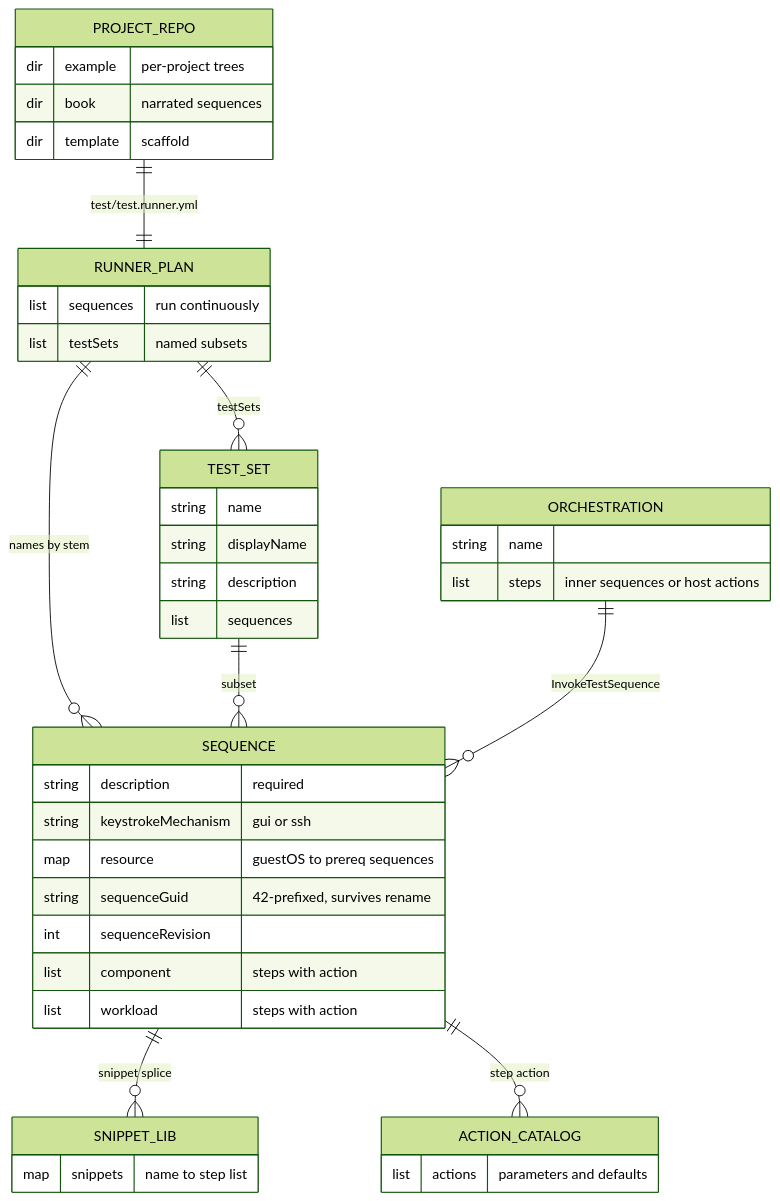
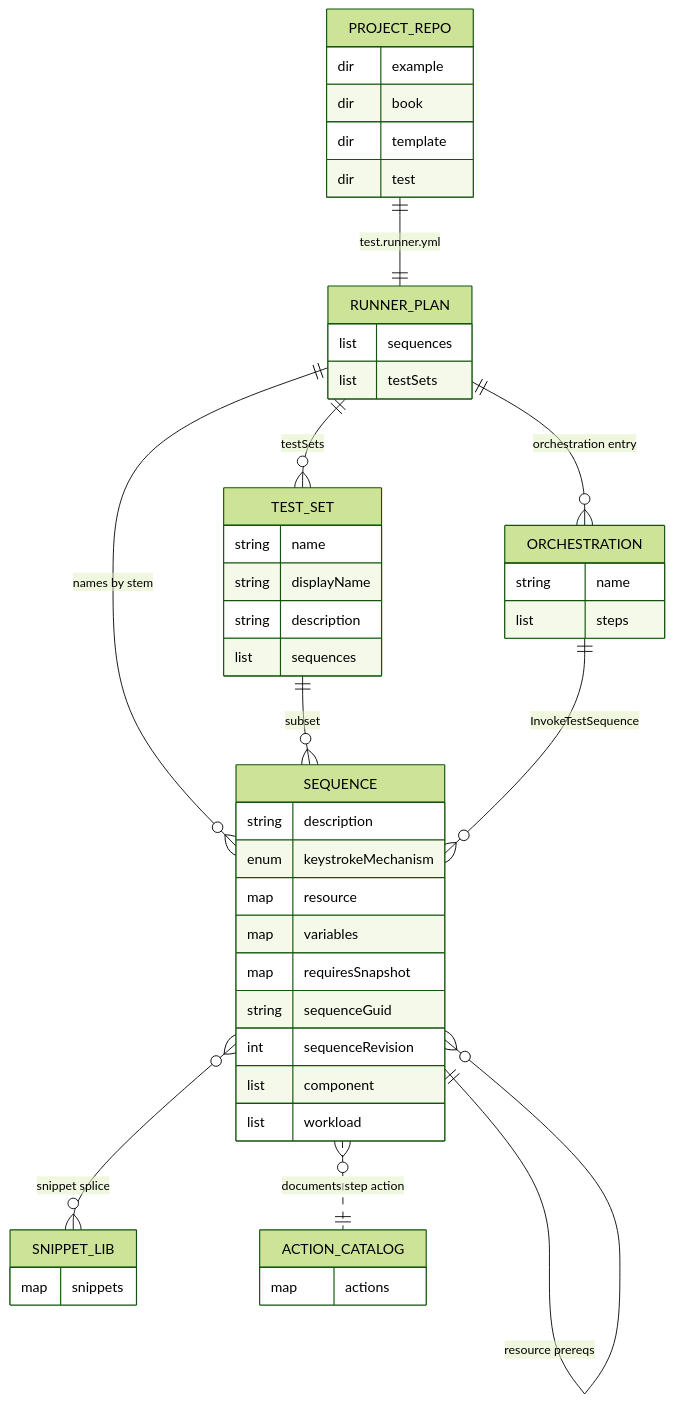
The second of 4 diagrams in docs/design/05-data-model.md (alissonsol/yuruna), drawn with Mermaid (forest theme) before and after one commit. The commit also changed other lines of this file and 652 other files, not shown here.

````diff
--- a/docs/design/05-data-model.md
+++ b/docs/design/05-data-model.md
@@ -106,45 +165,50 @@
 ```mermaid
 erDiagram
-    PROJECT_REPO ||--|| RUNNER_PLAN : "test/test.runner.yml"
-    RUNNER_PLAN ||--o{ TEST_SET : testSets
+    PROJECT_REPO ||--|| RUNNER_PLAN : "test.runner.yml"
+    RUNNER_PLAN ||--o{ TEST_SET : "testSets"
     RUNNER_PLAN ||--o{ SEQUENCE : "names by stem"
+    RUNNER_PLAN ||--o{ ORCHESTRATION : "orchestration entry"
     TEST_SET ||--o{ SEQUENCE : "subset"
-    ORCHESTRATION ||--o{ SEQUENCE : InvokeTestSequence
-    SEQUENCE ||--o{ SNIPPET_LIB : "snippet splice"
-    SEQUENCE ||--o{ ACTION_CATALOG : "step action"
+    ORCHESTRATION ||--o{ SEQUENCE : "InvokeTestSequence"
+    SEQUENCE ||--o{ SEQUENCE : "resource prereqs"
+    SEQUENCE }o--o{ SNIPPET_LIB : "snippet splice"
+    SEQUENCE }o..|| ACTION_CATALOG : "documents step action"
 
     PROJECT_REPO {
-        dir example "per-project trees"
-        dir book "narrated sequences"
-        dir template "scaffold"
+        dir example
+        dir book
+        dir template
+        dir test
     }
     RUNNER_PLAN {
-        list sequences "run continuously"
-        list testSets "named subsets"
+        list sequences
+        list testSets
     }
     TEST_SET {
         string name
         string displayName
         string description
         list sequences
     }
     SEQUENCE {
-        string description "required"
-        string keystrokeMechanism "gui or ssh"
-        map resource "guestOS to prereq sequences"
-        string sequenceGuid "42-prefixed, survives rename"
+        string description
+        enum keystrokeMechanism
+        map resource
+        map variables
+        map requiresSnapshot
+        string sequenceGuid
         int sequenceRevision
-        list component "steps with action"
-        list workload "steps with action"
+        list component
+        list workload
     }
     ORCHESTRATION {
         string name
-        list steps "inner sequences or host actions"
+        list steps
     }
     SNIPPET_LIB {
-        map snippets "name to step list"
+        map snippets
     }
     ACTION_CATALOG {
-        list actions "parameters and defaults"
+        map actions
     }
 ```
````
